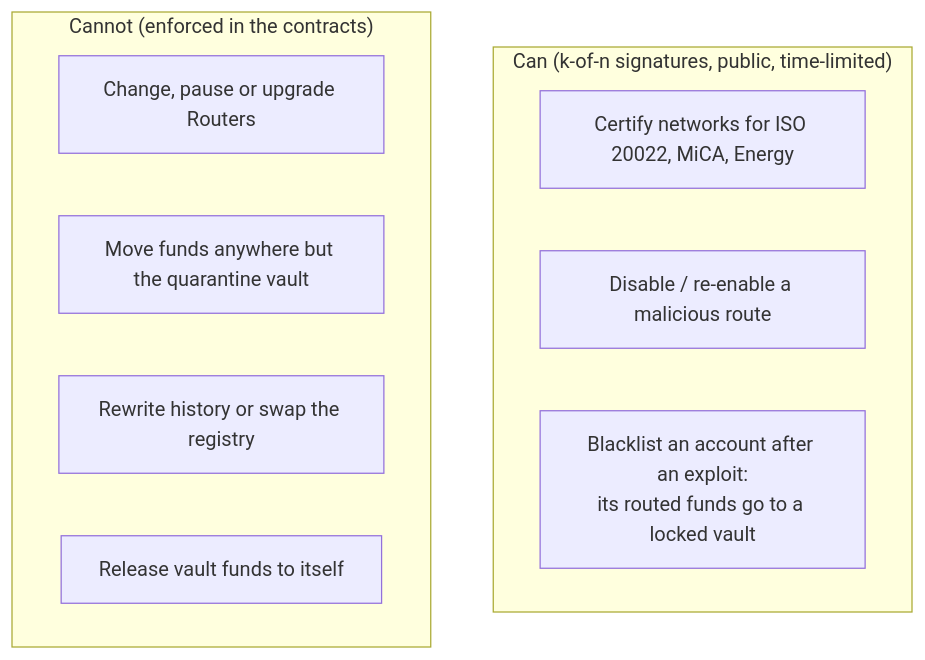
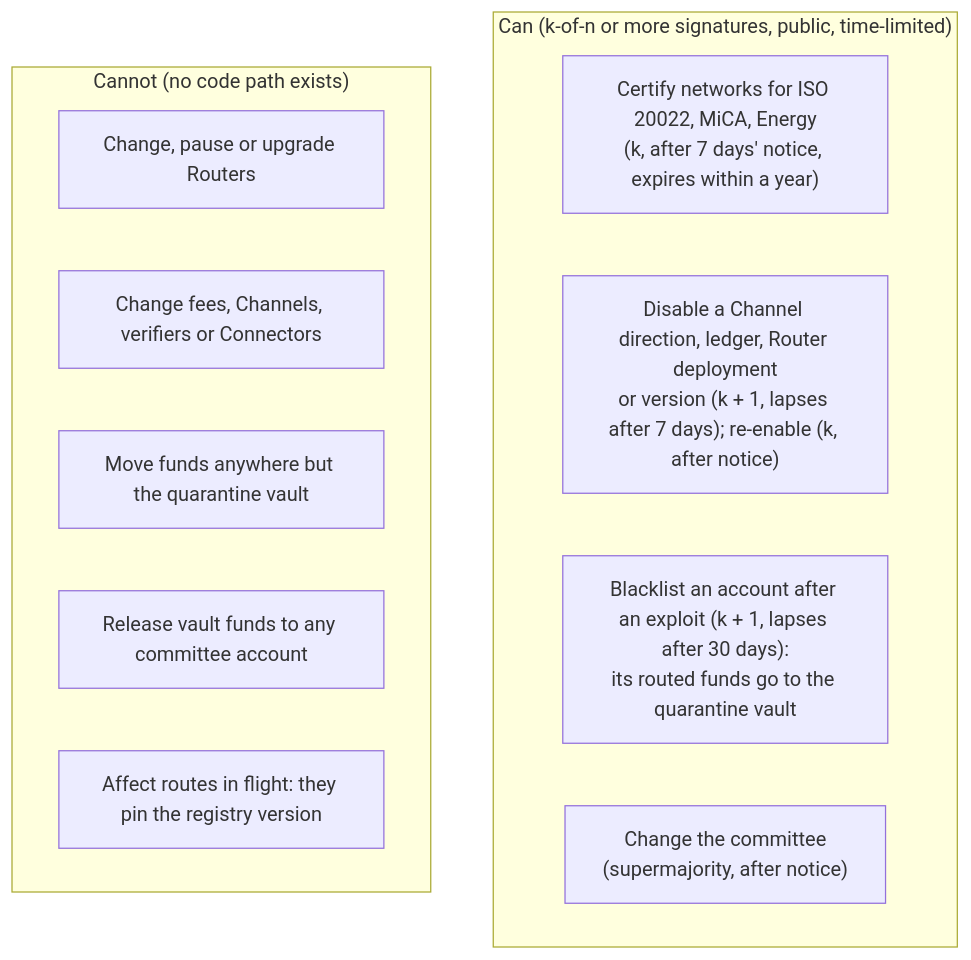
The fourth of 4 diagrams in README.md (ColdAI-org/clprouter), drawn with Mermaid before and after one commit. The commit also changed other lines of this file, not shown here.

First line of the commit message:
docs: rewrite the README around the testnet evidence

````diff
--- a/README.md
+++ b/README.md
@@ -131,14 +192,16 @@
 ```mermaid
 flowchart TB
-    subgraph CAN["Can (k-of-n signatures, public, time-limited)"]
-        c1["Certify networks for ISO 20022, MiCA, Energy"]
-        c2["Disable / re-enable a malicious route"]
-        c3["Blacklist an account after an exploit:<br/>its routed funds go to a locked vault"]
+    subgraph CAN["Can (k-of-n or more signatures, public, time-limited)"]
+        c1["Certify networks for ISO 20022, MiCA, Energy<br/>(k, after 7 days' notice, expires within a year)"]
+        c2["Disable a Channel direction, ledger, Router deployment<br/>or version (k + 1, lapses after 7 days); re-enable (k, after notice)"]
+        c3["Blacklist an account after an exploit (k + 1, lapses after 30 days):<br/>its routed funds go to the quarantine vault"]
+        c4["Change the committee<br/>(supermajority, after notice)"]
     end
-    subgraph CANNOT["Cannot (enforced in the contracts)"]
+    subgraph CANNOT["Cannot (no code path exists)"]
         n1["Change, pause or upgrade Routers"]
-        n2["Move funds anywhere but the quarantine vault"]
-        n3["Rewrite history or swap the registry"]
-        n4["Release vault funds to itself"]
+        n2["Change fees, Channels, verifiers or Connectors"]
+        n3["Move funds anywhere but the quarantine vault"]
+        n4["Release vault funds to any committee account"]
+        n5["Affect routes in flight: they pin the registry version"]
     end
 ```
````
